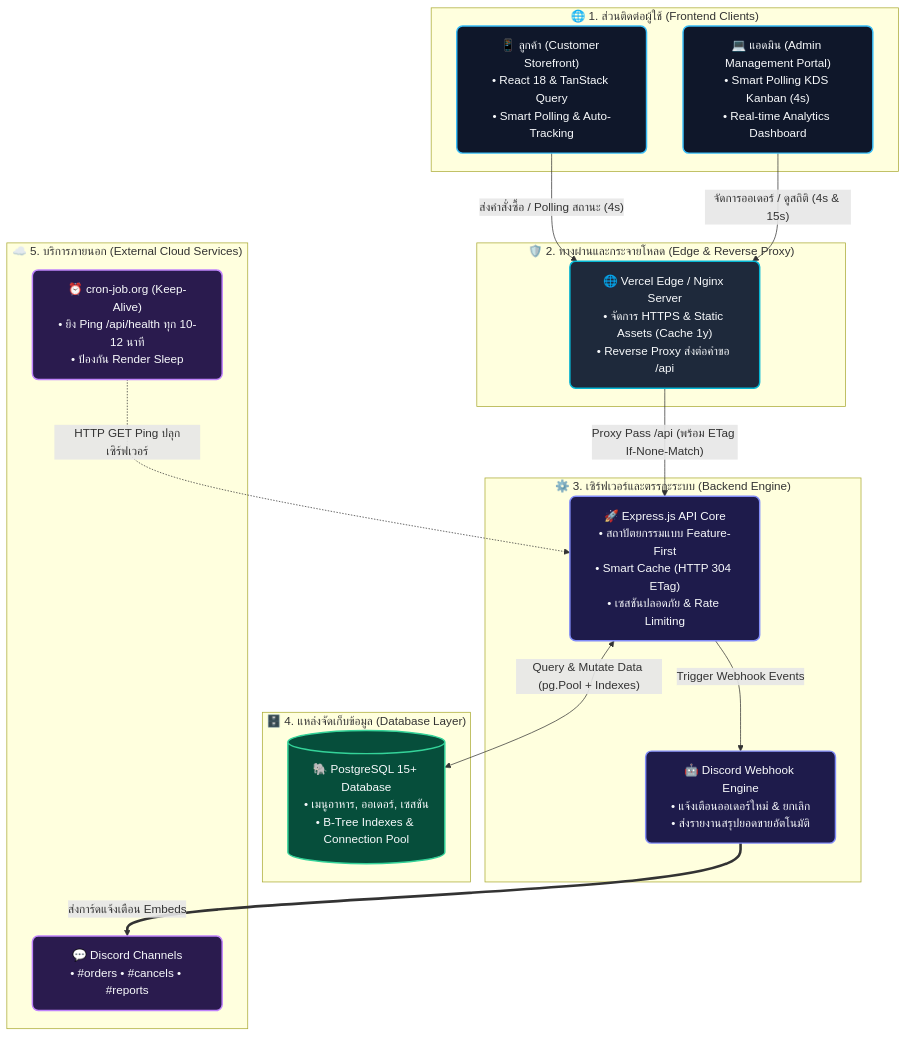
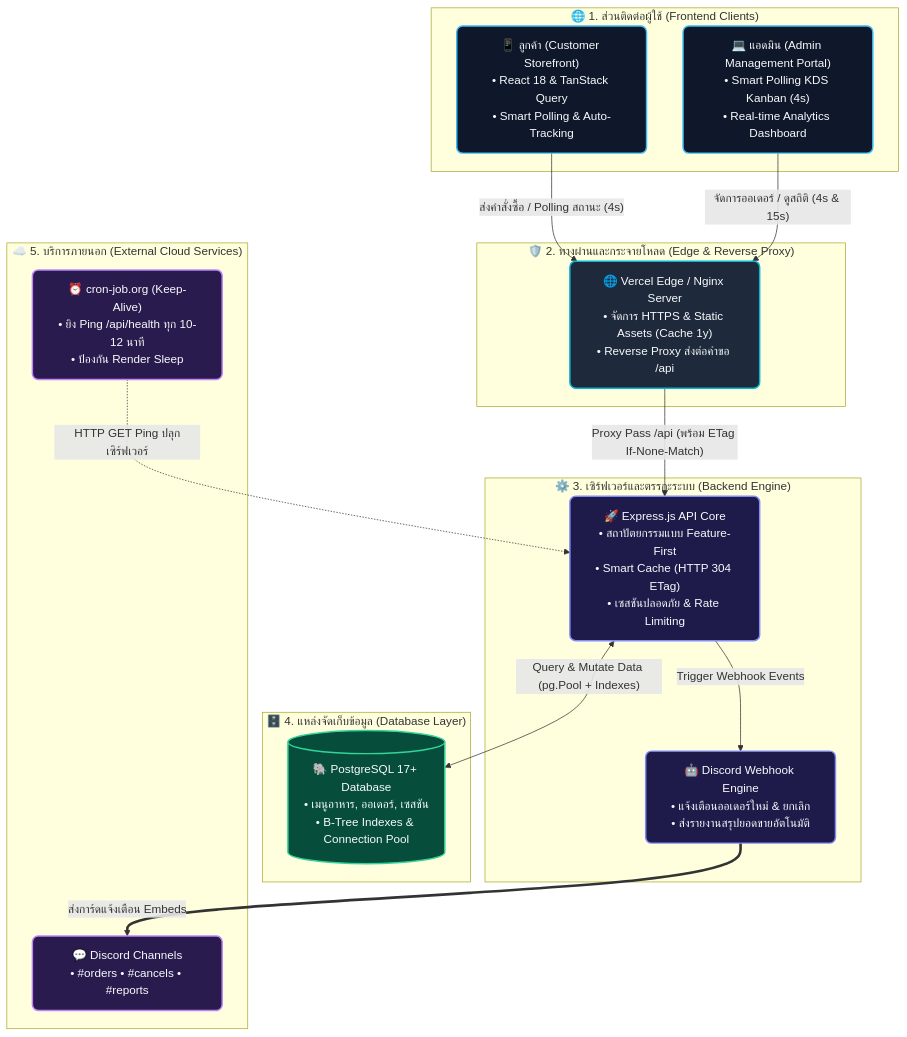
Before and after one commit to Youngmaidainon/Food-Order-Web-Application: the diagram in README.md, drawn with Mermaid. The commit also changed other lines of this file and 2 other files, not shown here.

````diff
--- a/README.md
+++ b/README.md
@@ -25,44 +25,44 @@
 ```mermaid
 flowchart TD
     %% กำหนดชุดสีและสไตล์ของแต่ละเลเยอร์ (GitHub Dark & Light Compatible)
     classDef client fill:#0f172a,stroke:#38bdf8,stroke-width:2px,color:#f8fafc,rx:8px
     classDef proxy fill:#1e293b,stroke:#06b6d4,stroke-width:2px,color:#f8fafc,rx:8px
     classDef backend fill:#1e1b4b,stroke:#818cf8,stroke-width:2px,color:#f8fafc,rx:8px
     classDef db fill:#064e3b,stroke:#34d399,stroke-width:2px,color:#f8fafc,rx:8px
     classDef ext fill:#2a1b4e,stroke:#c084fc,stroke-width:2px,color:#f8fafc,rx:8px
 
     subgraph CLIENTS ["🌐 1. ส่วนติดต่อผู้ใช้ (Frontend Clients)"]
         Customer["📱 ลูกค้า (Customer Storefront)<br/>• React 18 & TanStack Query<br/>• Smart Polling & Auto-Tracking"]:::client
         Admin["💻 แอดมิน (Admin Management Portal)<br/>• Smart Polling KDS Kanban (4s)<br/>• Real-time Analytics Dashboard"]:::client
     end
 
     subgraph GATEWAY ["🛡️ 2. ทางผ่านและกระจายโหลด (Edge & Reverse Proxy)"]
         Proxy["🌐 Vercel Edge / Nginx Server<br/>• จัดการ HTTPS & Static Assets (Cache 1y)<br/>• Reverse Proxy ส่งต่อคำขอ /api"]:::proxy
     end
 
     subgraph BACKEND ["⚙️ 3. เซิร์ฟเวอร์และตรรกะระบบ (Backend Engine)"]
         API["🚀 Express.js API Core<br/>• สถาปัตยกรรมแบบ Feature-First<br/>• Smart Cache (HTTP 304 ETag)<br/>• เซสชันปลอดภัย & Rate Limiting"]:::backend
         DiscordModule["🤖 Discord Webhook Engine<br/>• แจ้งเตือนออเดอร์ใหม่ & ยกเลิก<br/>• ส่งรายงานสรุปยอดขายอัตโนมัติ"]:::backend
     end
 
     subgraph STORAGE ["🗄️ 4. แหล่งจัดเก็บข้อมูล (Database Layer)"]
-        Database[("🐘 PostgreSQL 15+ Database<br/>• เมนูอาหาร, ออเดอร์, เซสชัน<br/>• B-Tree Indexes & Connection Pool")]:::db
+        Database[("🐘 PostgreSQL 17+ Database<br/>• เมนูอาหาร, ออเดอร์, เซสชัน<br/>• B-Tree Indexes & Connection Pool")]:::db
     end
 
     subgraph EXTERNAL ["☁️ 5. บริการภายนอก (External Cloud Services)"]
         CronBot["⏰ cron-job.org (Keep-Alive)<br/>• ยิง Ping /api/health ทุก 10-12 นาที<br/>• ป้องกัน Render Sleep"]:::ext
         DiscordApp["💬 Discord Channels<br/>• #orders • #cancels • #reports"]:::ext
     end
 
     %% เส้นทางการเชื่อมต่อและการไหลของข้อมูล (Data Flow & Interactions)
     Customer -->|"ส่งคำสั่งซื้อ / Polling สถานะ (4s)"| Proxy
     Admin -->|"จัดการออเดอร์ / ดูสถิติ (4s & 15s)"| Proxy
 
     Proxy -->|"Proxy Pass /api (พร้อม ETag If-None-Match)"| API
 
     API <-->|"Query & Mutate Data (pg.Pool + Indexes)"| Database
     API -->|"Trigger Webhook Events"| DiscordModule
 
     DiscordModule ==>|"ส่งการ์ดแจ้งเตือน Embeds"| DiscordApp
     CronBot -.->|"HTTP GET Ping ปลุกเซิร์ฟเวอร์"| API
 ```
````
